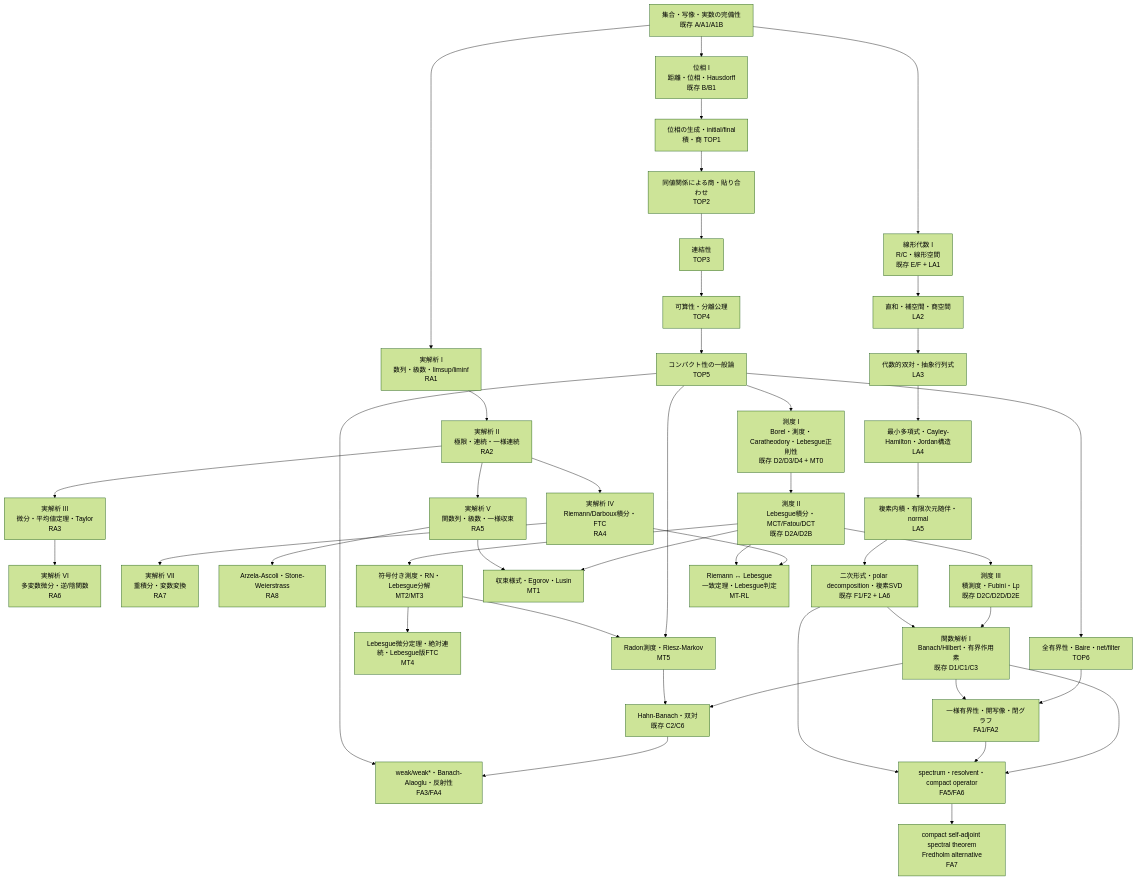
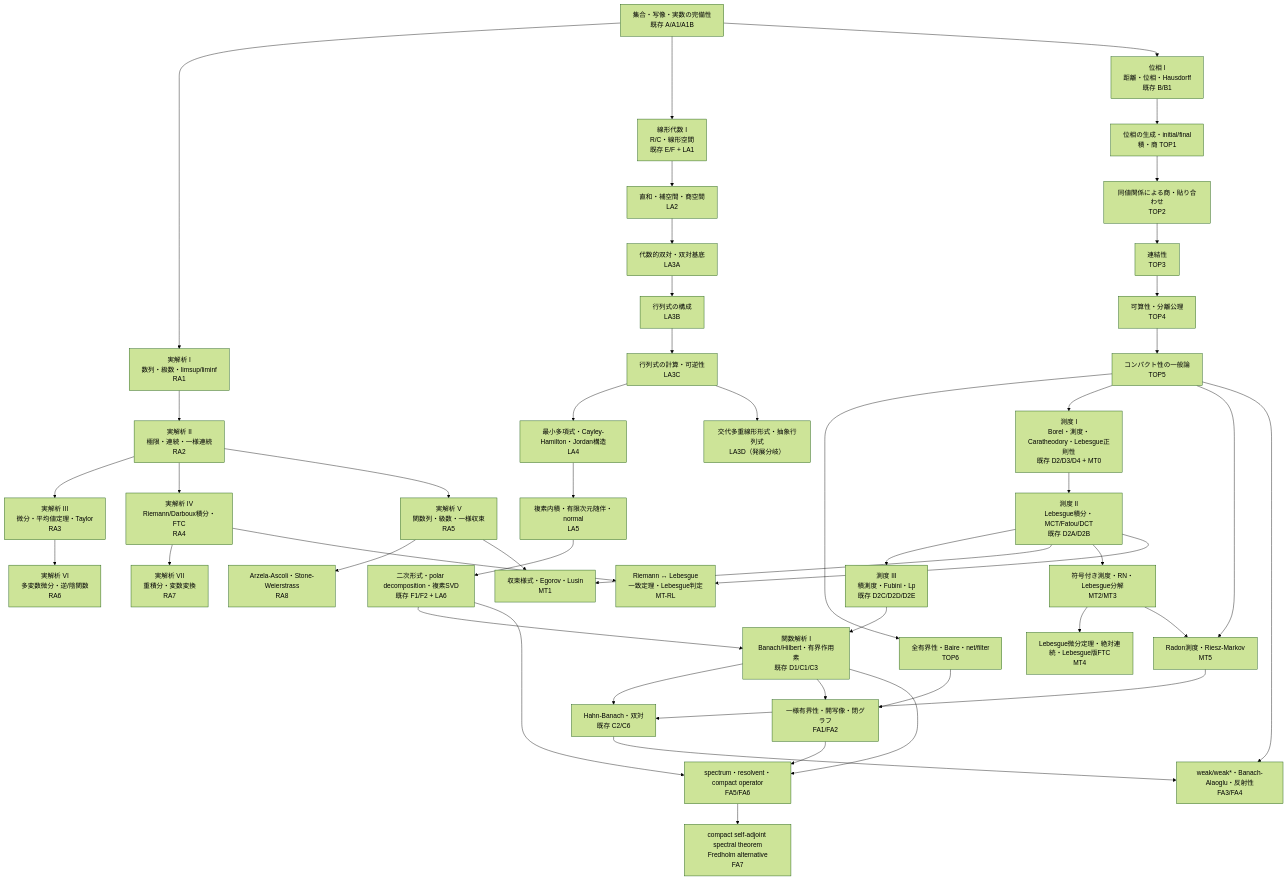
Before and after one commit to InSuns21/toukei-kentei_grade1_preparation: the diagram in textbook/dream-theater-standard-math-core.md, drawn with Mermaid (forest theme). The commit also changed other lines of this file and 2 other files, not shown here.

````diff
--- a/textbook/dream-theater-standard-math-core.md
+++ b/textbook/dream-theater-standard-math-core.md
@@ -26,56 +26,59 @@
 ```mermaid
 flowchart TD
   A["集合・写像・実数の完備性<br/>既存 A/A1/A1B"]
 
   A --> RA1["実解析 I<br/>数列・級数・limsup/liminf<br/>RA1"]
   A --> LA1["線形代数 I<br/>R/C・線形空間<br/>既存 E/F + LA1"]
   A --> TOP0["位相 I<br/>距離・位相・Hausdorff<br/>既存 B/B1"]
 
   RA1 --> RA2["実解析 II<br/>極限・連続・一様連続<br/>RA2"]
   RA2 --> RA3["実解析 III<br/>微分・平均値定理・Taylor<br/>RA3"]
   RA2 --> RA4["実解析 IV<br/>Riemann/Darboux積分・FTC<br/>RA4"]
   RA2 --> RA5["実解析 V<br/>関数列・級数・一様収束<br/>RA5"]
   RA3 --> RA6["実解析 VI<br/>多変数微分・逆/陰関数<br/>RA6"]
   RA4 --> RA7["実解析 VII<br/>重積分・変数変換<br/>RA7"]
   RA5 --> RA8["Arzela-Ascoli・Stone-Weierstrass<br/>RA8"]
 
   TOP0 --> TOP1["位相の生成・initial/final<br/>積・商 TOP1"]
   TOP1 --> TOP2["同値関係による商・貼り合わせ<br/>TOP2"]
   TOP2 --> TOP3["連結性<br/>TOP3"]
   TOP3 --> TOP4["可算性・分離公理<br/>TOP4"]
   TOP4 --> TOP5["コンパクト性の一般論<br/>TOP5"]
   TOP5 --> BAIRE["全有界性・Baire・net/filter<br/>TOP6"]
 
   LA1 --> LA2["直和・補空間・商空間<br/>LA2"]
-  LA2 --> LA3["代数的双対・抽象行列式<br/>LA3"]
-  LA3 --> LA4["最小多項式・Cayley-Hamilton・Jordan構造<br/>LA4"]
+  LA2 --> LA3A["代数的双対・双対基底<br/>LA3A"]
+  LA3A --> LA3B["行列式の構成<br/>LA3B"]
+  LA3B --> LA3C["行列式の計算・可逆性<br/>LA3C"]
+  LA3C --> LA4["最小多項式・Cayley-Hamilton・Jordan構造<br/>LA4"]
+  LA3C --> LA3D["交代多重線形形式・抽象行列式<br/>LA3D（発展分岐）"]
   LA4 --> LA5["複素内積・有限次元随伴・normal<br/>LA5"]
   LA5 --> LA6["二次形式・polar decomposition・複素SVD<br/>既存 F1/F2 + LA6"]
 
   TOP5 --> MT0["測度 I<br/>Borel・測度・Caratheodory・Lebesgue正則性<br/>既存 D2/D3/D4 + MT0"]
   MT0 --> MTI["測度 II<br/>Lebesgue積分・MCT/Fatou/DCT<br/>既存 D2A/D2B"]
   MTI --> MTP["測度 III<br/>積測度・Fubini・Lp<br/>既存 D2C/D2D/D2E"]
   MTI --> MT1["収束様式・Egorov・Lusin<br/>MT1"]
   RA5 --> MT1
   MTI --> MT2["符号付き測度・RN・Lebesgue分解<br/>MT2/MT3"]
 
   RA4 --> RLB["Riemann ↔ Lebesgue<br/>一致定理・Lebesgue判定<br/>MT-RL"]
   MTI --> RLB
 
   MT2 --> MT4["Lebesgue微分定理・絶対連続・Lebesgue版FTC<br/>MT4"]
   TOP5 --> MT5["Radon測度・Riesz-Markov<br/>MT5"]
   MT2 --> MT5
 
   MTP --> FA0["関数解析 I<br/>Banach/Hilbert・有界作用素<br/>既存 D1/C1/C3"]
   LA6 --> FA0
   FA0 --> HB["Hahn-Banach・双対<br/>既存 C2/C6"]
   BAIRE --> FA2["一様有界性・開写像・閉グラフ<br/>FA1/FA2"]
   FA0 --> FA2
   HB --> FA4["weak/weak*・Banach-Alaoglu・反射性<br/>FA3/FA4"]
   TOP5 --> FA4
   FA0 --> FA6["spectrum・resolvent・compact operator<br/>FA5/FA6"]
   FA2 --> FA6
   LA6 --> FA6
   FA6 --> FA7["compact self-adjoint spectral theorem<br/>Fredholm alternative<br/>FA7"]
   MT5 --> HB
 ```
````
